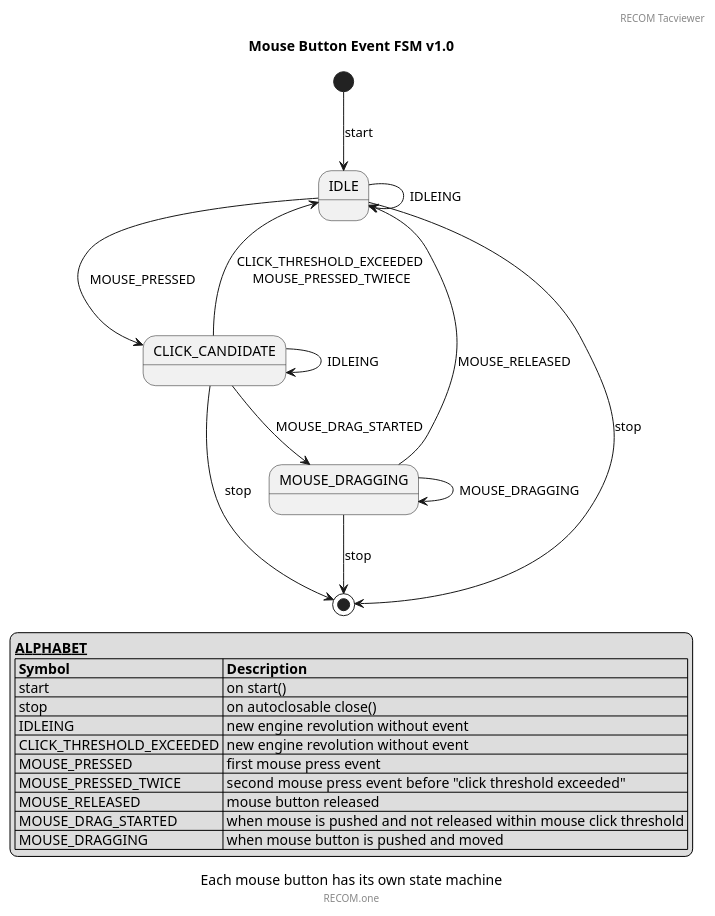
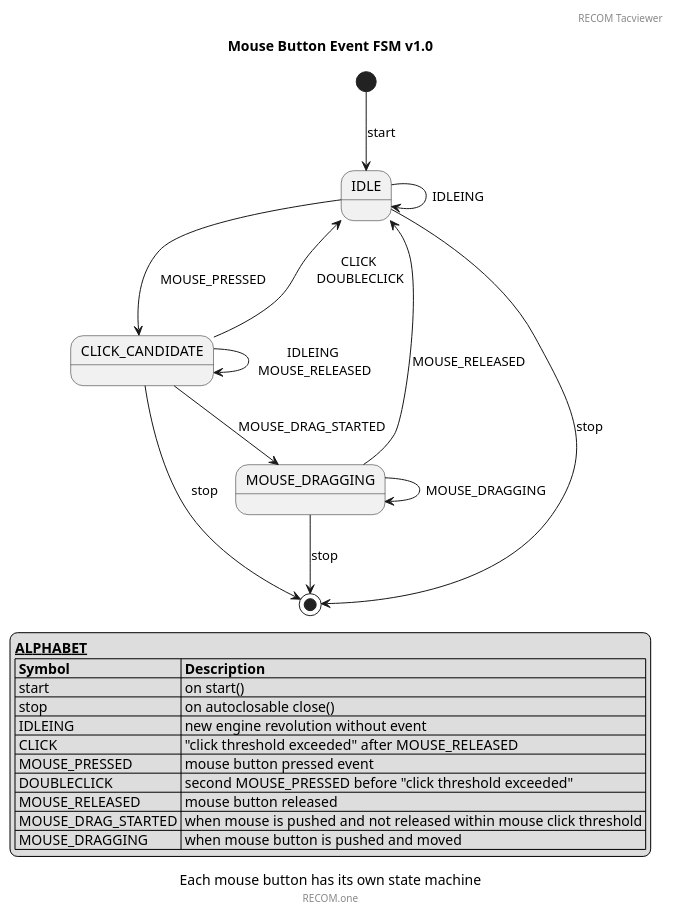
One commit to svencc/ReforgerCommanderBackend changed the diagram in libs/tacviewfx/src/main/java/com/recom/tacview/engine/input/command/mapper/mouse/fsm/MouseButtonEventFSM1.puml. Above: the diagram before and after it, drawn with PlantUML. The commit also changed 4 other files, not shown here.

```diff
--- a/libs/tacviewfx/src/main/java/com/recom/tacview/engine/input/command/mapper/mouse/fsm/MouseButtonEventFSM1.puml
+++ b/libs/tacviewfx/src/main/java/com/recom/tacview/engine/input/command/mapper/mouse/fsm/MouseButtonEventFSM1.puml
@@ -1,38 +1,38 @@
 @startuml
 
 header  RECOM Tacviewer
 title   Mouse Button Event FSM v1.0
 caption Each mouse button has its own state machine
 footer  RECOM.one
 
 
 [*] --> IDLE :start
 
 IDLE --> IDLE : IDLEING
 IDLE --> CLICK_CANDIDATE : MOUSE_PRESSED
-CLICK_CANDIDATE --> IDLE : CLICK_THRESHOLD_EXCEEDED\n MOUSE_PRESSED_TWIECE\n
+CLICK_CANDIDATE --> IDLE : CLICK\n DOUBLECLICK\n
 CLICK_CANDIDATE --> MOUSE_DRAGGING : MOUSE_DRAG_STARTED
-CLICK_CANDIDATE --> CLICK_CANDIDATE : IDLEING
+CLICK_CANDIDATE --> CLICK_CANDIDATE : IDLEING\n MOUSE_RELEASED
 MOUSE_DRAGGING --> MOUSE_DRAGGING : MOUSE_DRAGGING
 MOUSE_DRAGGING --> IDLE : MOUSE_RELEASED
 
 IDLE --> [*] :stop
 CLICK_CANDIDATE --> [*] :stop
 MOUSE_DRAGGING --> [*] :stop
 
 
 legend left
 __**ALPHABET**__
 | **Symbol** | **Description** |
 | start | on start() |
 | stop | on autoclosable close() |
 | IDLEING | new engine revolution without event |
-| CLICK_THRESHOLD_EXCEEDED | new engine revolution without event |
-| MOUSE_PRESSED | first mouse press event |
-| MOUSE_PRESSED_TWICE | second mouse press event before "click threshold exceeded" |
+| CLICK | "click threshold exceeded" after MOUSE_RELEASED |
+| MOUSE_PRESSED | mouse button pressed event |
+| DOUBLECLICK | second MOUSE_PRESSED before "click threshold exceeded" |
 | MOUSE_RELEASED | mouse button released |
 | MOUSE_DRAG_STARTED | when mouse is pushed and not released within mouse click threshold |
 | MOUSE_DRAGGING | when mouse button is pushed and moved |
 endlegend
 
 @enduml
```
